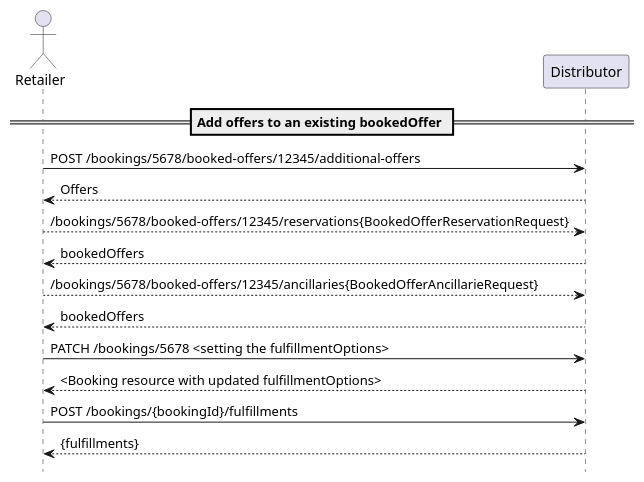
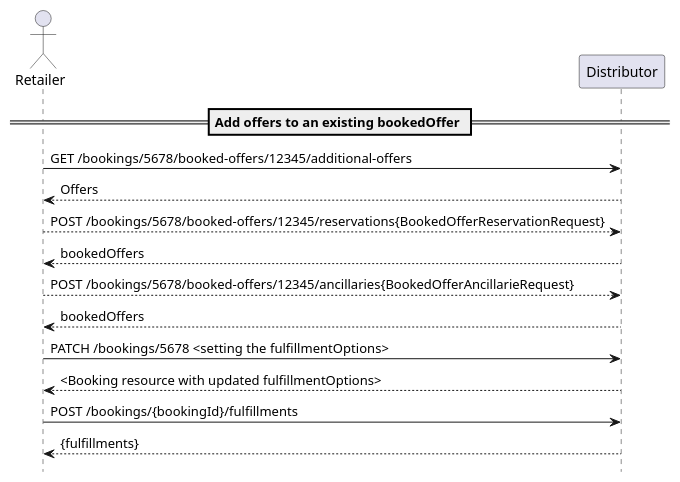
One commit to UnionInternationalCheminsdeFer/OSDM changed the diagram in images/processes/seq-add-parts-2-booking.puml. Above: the diagram before and after it, drawn with PlantUML. The commit also changed 1 other file, not shown here.

```diff
--- a/images/processes/seq-add-parts-2-booking.puml
+++ b/images/processes/seq-add-parts-2-booking.puml
@@ -1,20 +1,20 @@
 hide footbox
 
 actor Retailer
 
 == Add offers to an existing bookedOffer ==
 
-Retailer -> Distributor: POST /bookings/5678/booked-offers/12345/additional-offers
+Retailer -> Distributor: GET /bookings/5678/booked-offers/12345/additional-offers
 Distributor --> Retailer: Offers
 
 
-Retailer --> Distributor: /bookings/5678/booked-offers/12345/reservations{BookedOfferReservationRequest}
+Retailer --> Distributor: POST /bookings/5678/booked-offers/12345/reservations{BookedOfferReservationRequest}
 Distributor --> Retailer: bookedOffers
-Retailer --> Distributor: /bookings/5678/booked-offers/12345/ancillaries{BookedOfferAncillarieRequest}
+Retailer --> Distributor: POST /bookings/5678/booked-offers/12345/ancillaries{BookedOfferAncillarieRequest}
 Distributor --> Retailer: bookedOffers
 
 Retailer -> Distributor: PATCH /bookings/5678 <setting the fulfillmentOptions>
 Distributor --> Retailer: <Booking resource with updated fulfillmentOptions>
 
 Retailer -> Distributor: POST /bookings/{bookingId}/fulfillments
 Distributor --> Retailer: {fulfillments}
```
